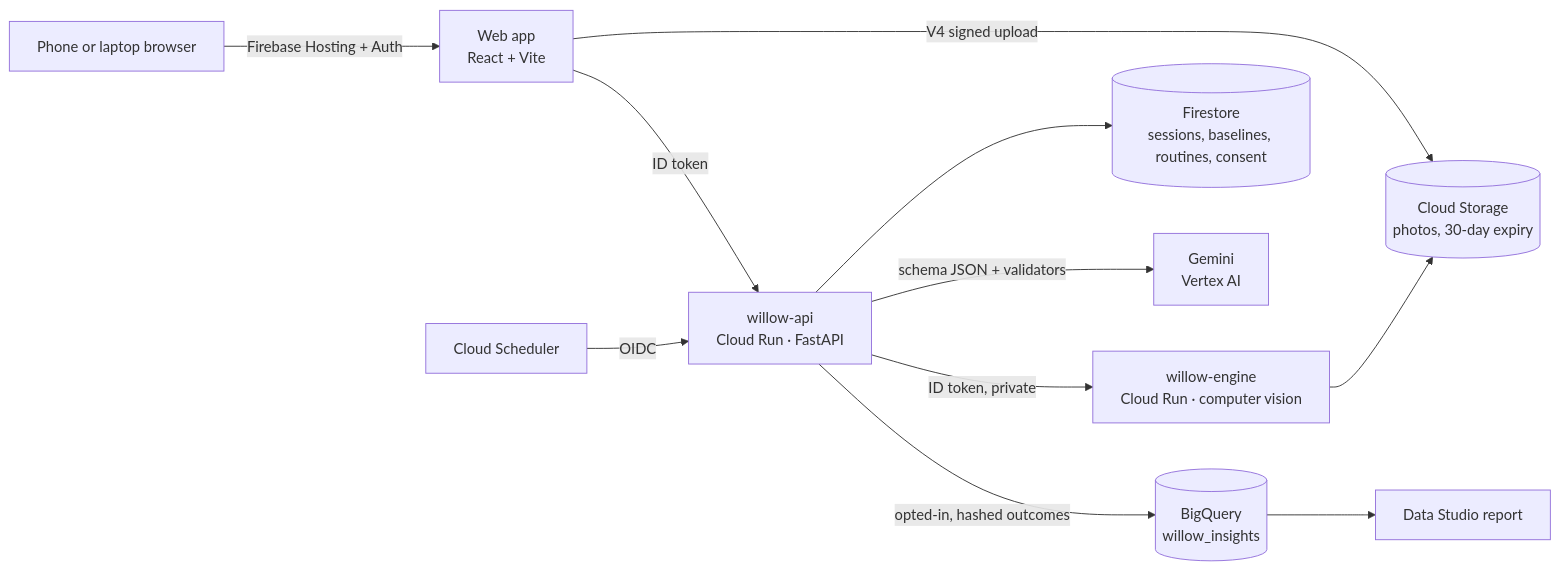
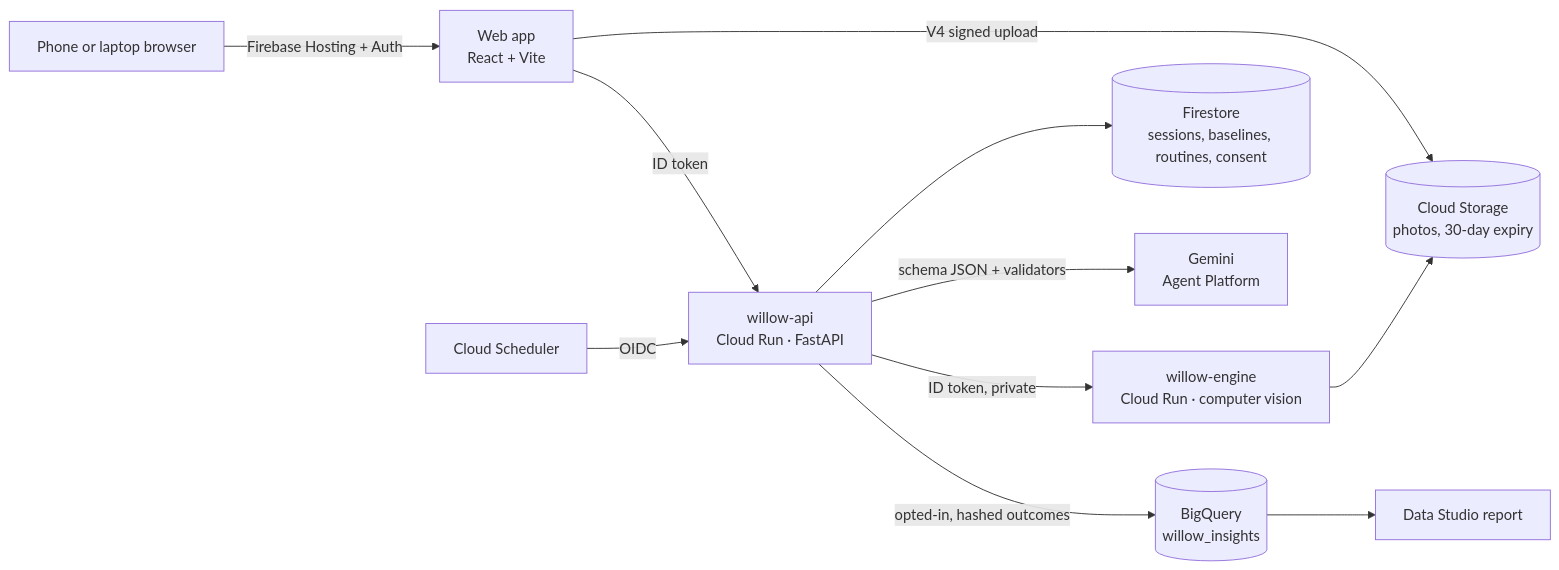
The diagram in README.md (NiwinKumar/willow), drawn with Mermaid before and after one commit. The commit also changed other lines of this file and 9 other files, not shown here.

````diff
--- a/README.md
+++ b/README.md
@@ -169,13 +169,13 @@
 ```mermaid
 flowchart LR
   U["Phone or laptop browser"] -->|"Firebase Hosting + Auth"| W["Web app<br/>React + Vite"]
   W -->|"ID token"| A["willow-api<br/>Cloud Run · FastAPI"]
   W -->|"V4 signed upload"| S[("Cloud Storage<br/>photos, 30-day expiry")]
   A -->|"ID token, private"| E["willow-engine<br/>Cloud Run · computer vision"]
   E --> S
   A --> F[("Firestore<br/>sessions, baselines, routines, consent")]
-  A -->|"schema JSON + validators"| G["Gemini<br/>Vertex AI"]
+  A -->|"schema JSON + validators"| G["Gemini<br/>Agent Platform"]
   A -->|"opted-in, hashed outcomes"| B[("BigQuery<br/>willow_insights")]
   B --> L["Data Studio report"]
   C["Cloud Scheduler"] -->|"OIDC"| A
 ```
````
